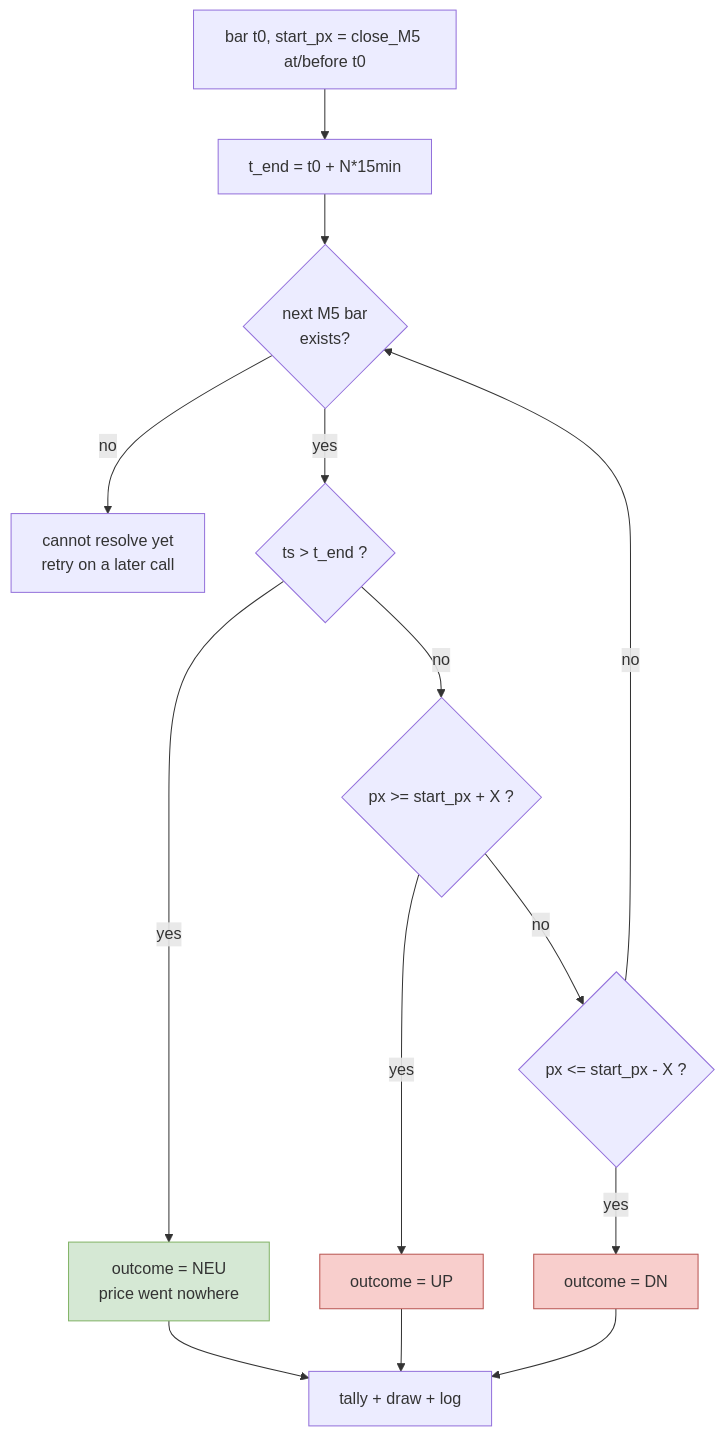
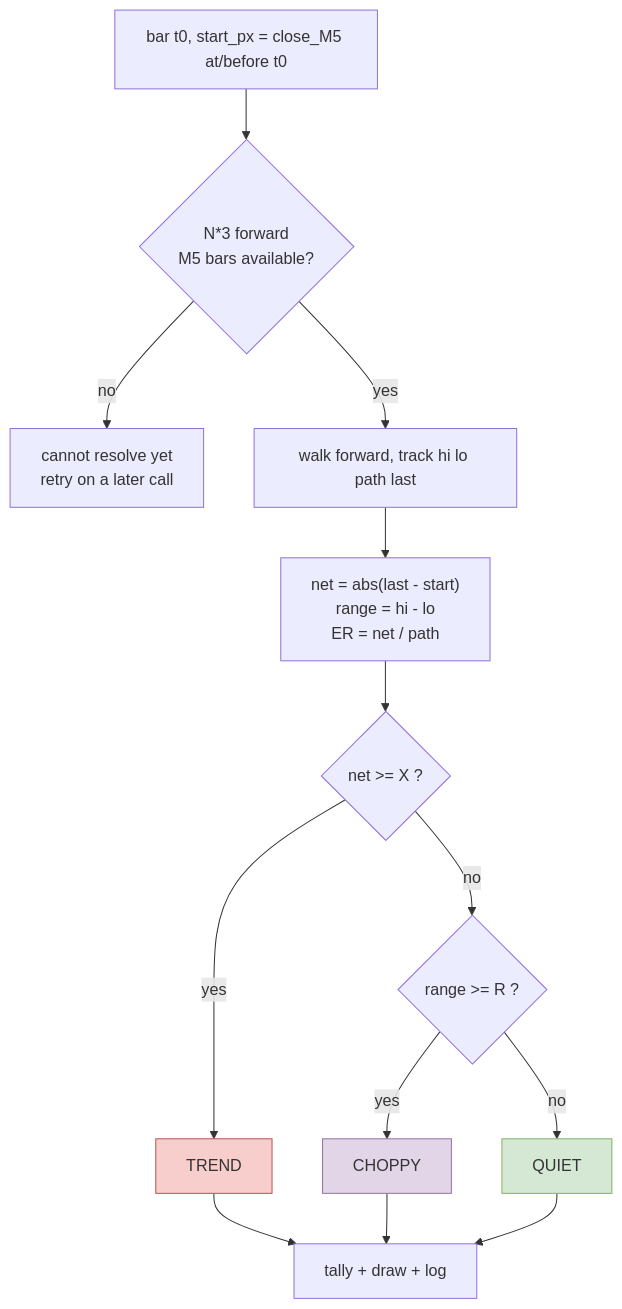
The third of 3 diagrams in references/TofyVerifySideway.md (Terrypang89/BB_MTF_M15_STRATEGY), drawn with Mermaid before and after one commit. The commit also changed other lines of this file, not shown here.

Commit message:
Update TofyVerifySideway.md to v2: three-way classification design (net displacement, range, ER)

````diff
--- a/references/TofyVerifySideway.md
+++ b/references/TofyVerifySideway.md
@@ -268,21 +358,20 @@
 ```mermaid
 flowchart TD
-    A["bar t0, start_px = close_M5 at/before t0"] --> B["t_end = t0 + N*15min"]
-    B --> C{"next M5 bar<br/>exists?"}
-    C -->|no| D["cannot resolve yet<br/>retry on a later call"]
-    C -->|yes| E{"ts > t_end ?"}
-    E -->|yes| F["outcome = NEU<br/>price went nowhere"]
-    E -->|no| G{"px >= start_px + X ?"}
-    G -->|yes| H["outcome = UP"]
-    G -->|no| I{"px <= start_px - X ?"}
-    I -->|yes| J["outcome = DN"]
-    I -->|no| C
+    A["bar t0, start_px = close_M5 at/before t0"] --> B{"N*3 forward<br/>M5 bars available?"}
+    B -->|no| C["cannot resolve yet<br/>retry on a later call"]
+    B -->|yes| D["walk forward, track hi lo path last"]
+    D --> E["net = abs(last - start)<br/>range = hi - lo<br/>ER = net / path"]
+    E --> F{"net >= X ?"}
+    F -->|yes| G["TREND"]
+    F -->|no| H{"range >= R ?"}
+    H -->|yes| I["CHOPPY"]
+    H -->|no| J["QUIET"]
 
-    F --> K["tally + draw + log"]
-    H --> K
+    G --> K["tally + draw + log"]
+    I --> K
     J --> K
 
-    style F fill:#d5e8d4,stroke:#82b366
-    style H fill:#f8cecc,stroke:#b85450
-    style J fill:#f8cecc,stroke:#b85450
+    style J fill:#d5e8d4,stroke:#82b366
+    style I fill:#e1d5e7,stroke:#9673a6
+    style G fill:#f8cecc,stroke:#b85450
 ```
````
